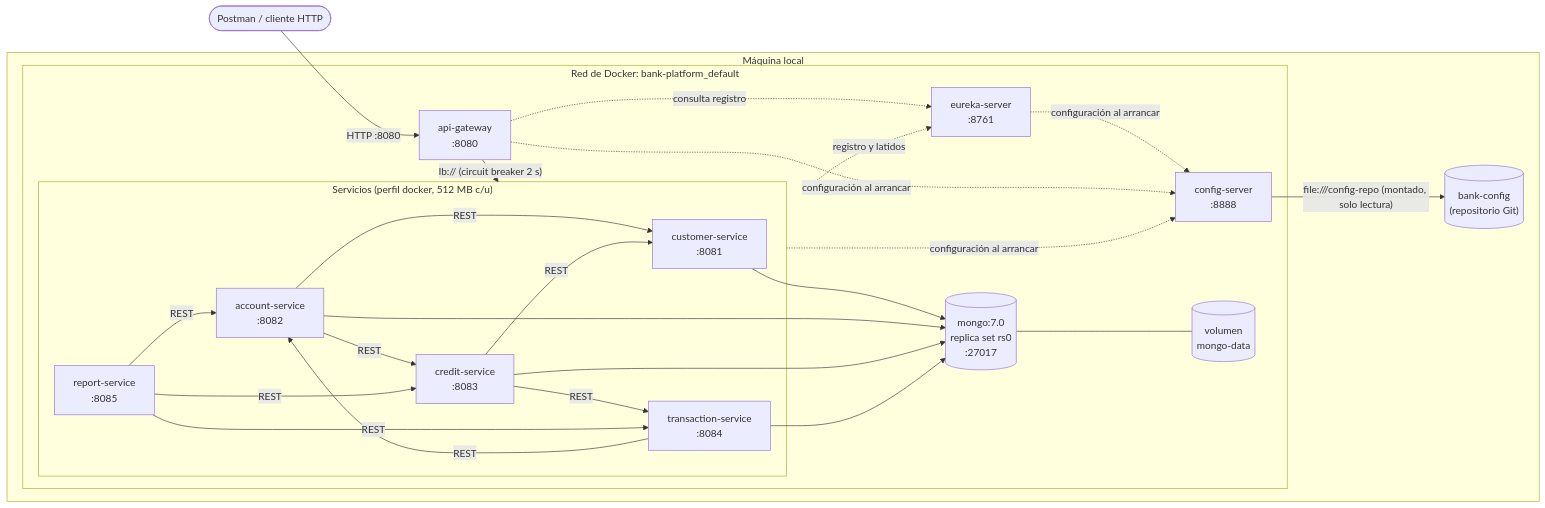
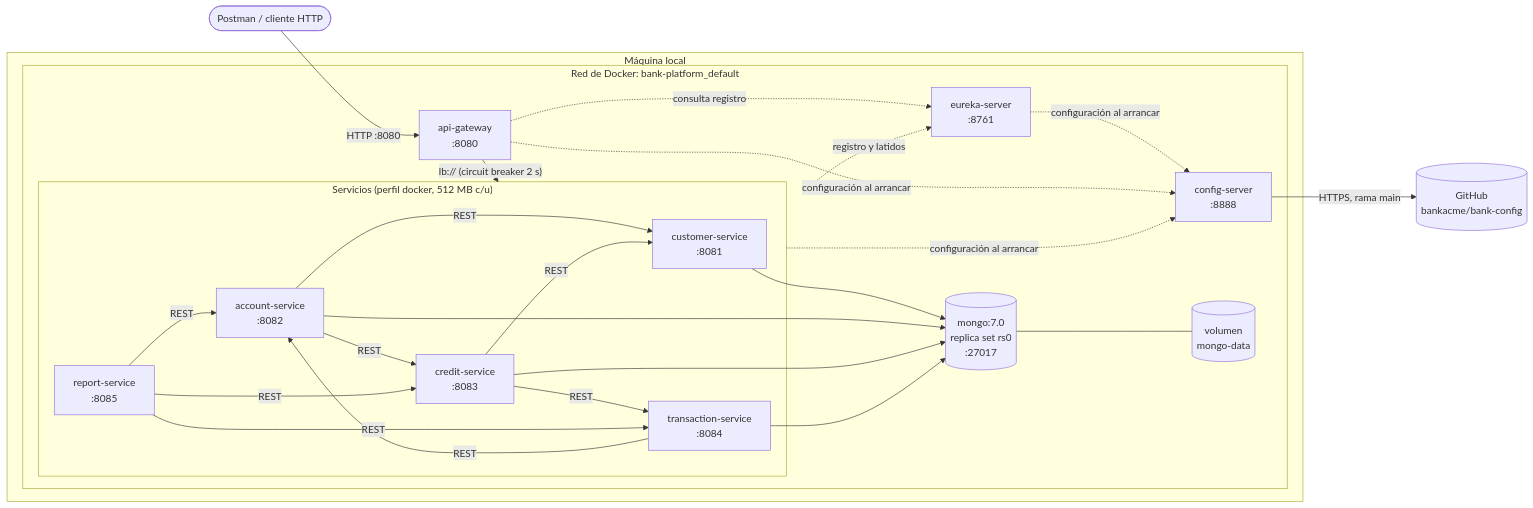
The first of 2 diagrams in docs/deployment.md (bankacme/bank-platform), drawn with Mermaid before and after one commit. The commit also changed other lines of this file and 2 other files, not shown here.

Commit message:
feat: update deployment documentation and docker-compose configuration to use GitHub for bank-config

````diff
--- a/docs/deployment.md
+++ b/docs/deployment.md
@@ -7,44 +7,44 @@
 ```mermaid
 flowchart LR
     Postman([Postman / cliente HTTP])
+    cfgrepo[("GitHub<br/>bankacme/bank-config")]
 
     subgraph host["Máquina local"]
-        cfgrepo[("bank-config<br/>(repositorio Git)")]
         subgraph net["Red de Docker: bank-platform_default"]
             gw["api-gateway<br/>:8080"]
             eureka["eureka-server<br/>:8761"]
             config["config-server<br/>:8888"]
             subgraph svc["Servicios (perfil docker, 512 MB c/u)"]
                 cust["customer-service<br/>:8081"]
                 acc["account-service<br/>:8082"]
                 cred["credit-service<br/>:8083"]
                 tx["transaction-service<br/>:8084"]
                 rep["report-service<br/>:8085"]
             end
             mongo[("mongo:7.0<br/>replica set rs0<br/>:27017")]
             vol[("volumen<br/>mongo-data")]
         end
     end
 
     Postman -->|HTTP :8080| gw
     gw -->|"lb:// (circuit breaker 2 s)"| svc
     gw -.->|consulta registro| eureka
     svc -.->|registro y latidos| eureka
     svc -.->|configuración al arrancar| config
     eureka -.->|configuración al arrancar| config
     gw -.->|configuración al arrancar| config
-    config -->|"file:///config-repo (montado, solo lectura)"| cfgrepo
+    config -->|"HTTPS, rama main"| cfgrepo
     acc -->|REST| cust
     acc -->|REST| cred
     cred -->|REST| cust
     cred -->|REST| tx
     tx -->|REST| acc
     rep -->|REST| acc
     rep -->|REST| cred
     rep -->|REST| tx
     cust --> mongo
     acc --> mongo
     cred --> mongo
     tx --> mongo
     mongo --- vol
 ```
````
